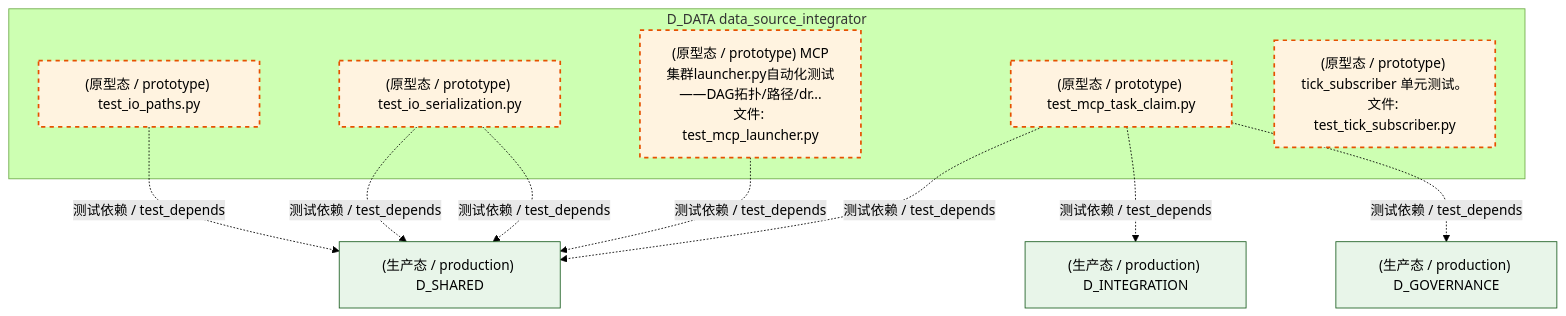
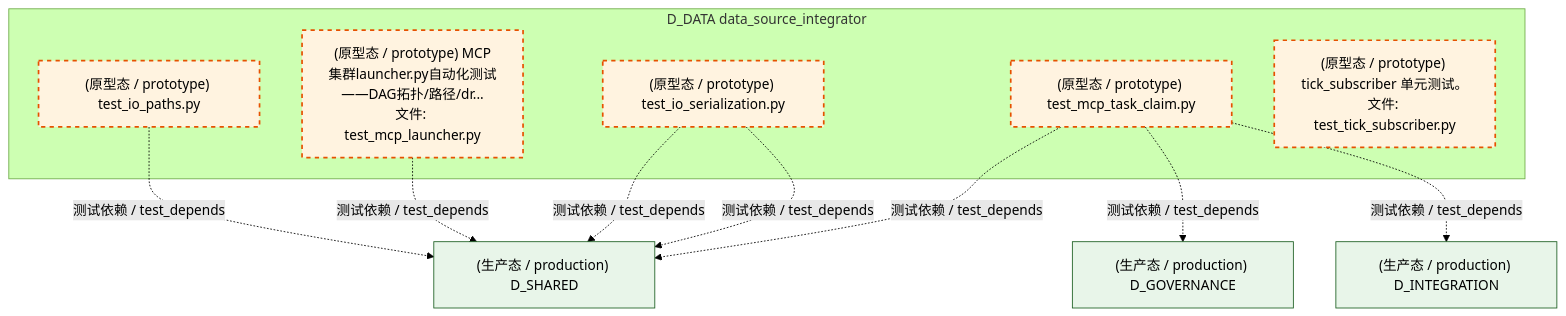
Before and after one commit to xuanFelixVan/ZephyrAlpha: the third of 6 diagrams in docs/02_enterprise_architecture/02_domain_architecture_docs/61_d_data.md, drawn with Mermaid (forest theme). The commit also changed other lines of this file and 126 other files, not shown here.

````diff
--- a/docs/02_enterprise_architecture/02_domain_architecture_docs/61_d_data.md
+++ b/docs/02_enterprise_architecture/02_domain_architecture_docs/61_d_data.md
@@ -313,26 +313,26 @@
 ```mermaid
 graph TD
     subgraph D_DATA["D_DATA data_source_integrator"]
         tests_io_test_io_paths_py["(原型态 / prototype) test_io_paths.py"]
         tests_io_test_io_serialization_py["(原型态 / prototype) test_io_serialization.py"]
         tests_io_test_mcp_launcher_py["(原型态 / prototype) MCP集群launcher.py自动化测试——DAG拓扑/路径/dr...<br/>文件: test_mcp_launcher.py"]
         tests_io_test_mcp_task_claim_py["(原型态 / prototype) test_mcp_task_claim.py"]
         tests_zephyr_data_test_tick_subscriber_py["(原型态 / prototype) tick_subscriber 单元测试。<br/>文件: test_tick_subscriber.py"]
     end
+    D_SHARED["(生产态 / production) D_SHARED"]
+    tests_io_test_io_paths_py -.->|测试依赖 / test_depends| D_SHARED
+    tests_io_test_mcp_launcher_py -.->|测试依赖 / test_depends| D_SHARED
+    tests_io_test_io_serialization_py -.->|测试依赖 / test_depends| D_SHARED
+    tests_io_test_io_serialization_py -.->|测试依赖 / test_depends| D_SHARED
+    tests_io_test_mcp_task_claim_py -.->|测试依赖 / test_depends| D_SHARED
     D_GOVERNANCE["(生产态 / production) D_GOVERNANCE"]
     tests_io_test_mcp_task_claim_py -.->|测试依赖 / test_depends| D_GOVERNANCE
     D_INTEGRATION["(生产态 / production) D_INTEGRATION"]
     tests_io_test_mcp_task_claim_py -.->|测试依赖 / test_depends| D_INTEGRATION
-    D_SHARED["(生产态 / production) D_SHARED"]
-    tests_io_test_io_serialization_py -.->|测试依赖 / test_depends| D_SHARED
-    tests_io_test_io_paths_py -.->|测试依赖 / test_depends| D_SHARED
-    tests_io_test_mcp_launcher_py -.->|测试依赖 / test_depends| D_SHARED
-    tests_io_test_io_serialization_py -.->|测试依赖 / test_depends| D_SHARED
-    tests_io_test_mcp_task_claim_py -.->|测试依赖 / test_depends| D_SHARED
     classDef production fill:#e1f5fe,stroke:#01579b,stroke-width:2px,color:#000
     classDef design fill:#fff3e0,stroke:#e65100,stroke-width:2px,color:#000,stroke-dasharray: 5 5
     classDef external_prod fill:#e8f5e9,stroke:#1b5e20,stroke-width:1px,color:#000
     classDef external_design fill:#fce4ec,stroke:#880e4f,stroke-width:1px,color:#000,stroke-dasharray: 5 5
     class tests_io_test_io_paths_py,tests_io_test_io_serialization_py,tests_io_test_mcp_launcher_py,tests_io_test_mcp_task_claim_py,tests_zephyr_data_test_tick_subscriber_py design
-    class D_GOVERNANCE,D_INTEGRATION,D_SHARED external_prod
+    class D_SHARED,D_GOVERNANCE,D_INTEGRATION external_prod
 ```
````
